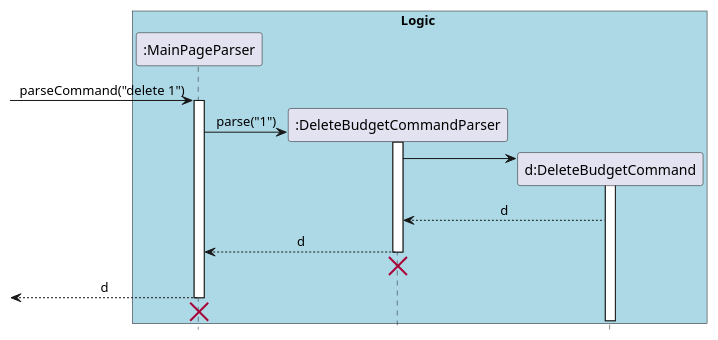
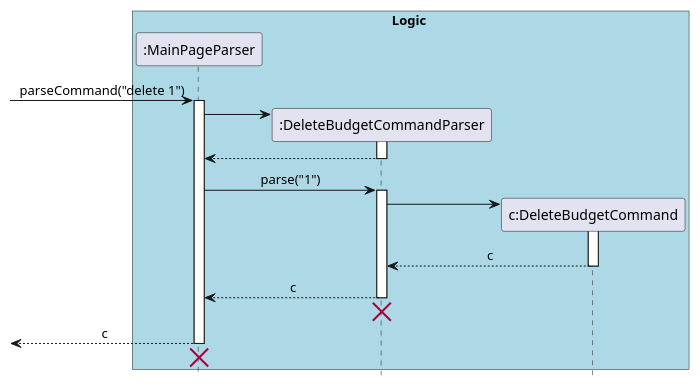
The diagram in docs/diagrams/ParserSequenceDiagram.puml (yu-ming-chen/tp), drawn with PlantUML before and after one commit. The commit also changed 35 other files, not shown here.

Commit message:
Update Diagrams

```diff
--- a/docs/diagrams/ParserSequenceDiagram.puml
+++ b/docs/diagrams/ParserSequenceDiagram.puml
@@ -1,29 +1,36 @@
 @startuml
 hide footbox
 skinparam Sequence {
     MessageAlign center
 }
 box Logic #LightBlue
 participant ":MainPageParser" as MainPageParser
 participant ":DeleteBudgetCommandParser" as DeleteBudgetCommandParser
-participant "d:DeleteBudgetCommand" as DeleteBudgetCommand
+participant "c:DeleteBudgetCommand" as DeleteBudgetCommand
 end box
 
 [-> MainPageParser : parseCommand("delete 1")
 activate MainPageParser
 create DeleteBudgetCommandParser
+MainPageParser -> DeleteBudgetCommandParser
+activate DeleteBudgetCommandParser
+DeleteBudgetCommandParser --> MainPageParser
+deactivate DeleteBudgetCommandParser
+
 MainPageParser -> DeleteBudgetCommandParser : parse("1")
 activate DeleteBudgetCommandParser
+
 create DeleteBudgetCommand
 DeleteBudgetCommandParser -> DeleteBudgetCommand
 activate DeleteBudgetCommand
-DeleteBudgetCommand --> DeleteBudgetCommandParser : d
-DeleteBudgetCommandParser --> MainPageParser : d
+DeleteBudgetCommand --> DeleteBudgetCommandParser : c
+deactivate DeleteBudgetCommand
+DeleteBudgetCommandParser --> MainPageParser : c
 deactivate DeleteBudgetCommandParser
 DeleteBudgetCommandParser -[hidden]-> MainPageParser
 destroy DeleteBudgetCommandParser
-[<-- MainPageParser : d
+[<-- MainPageParser : c
 deactivate MainPageParser
 [<-[hidden]- MainPageParser
 destroy MainPageParser
 @enduml
```
